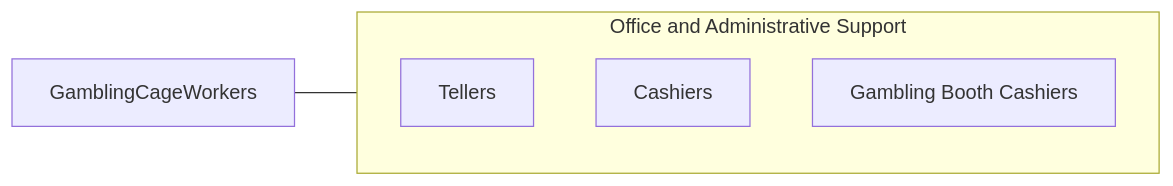
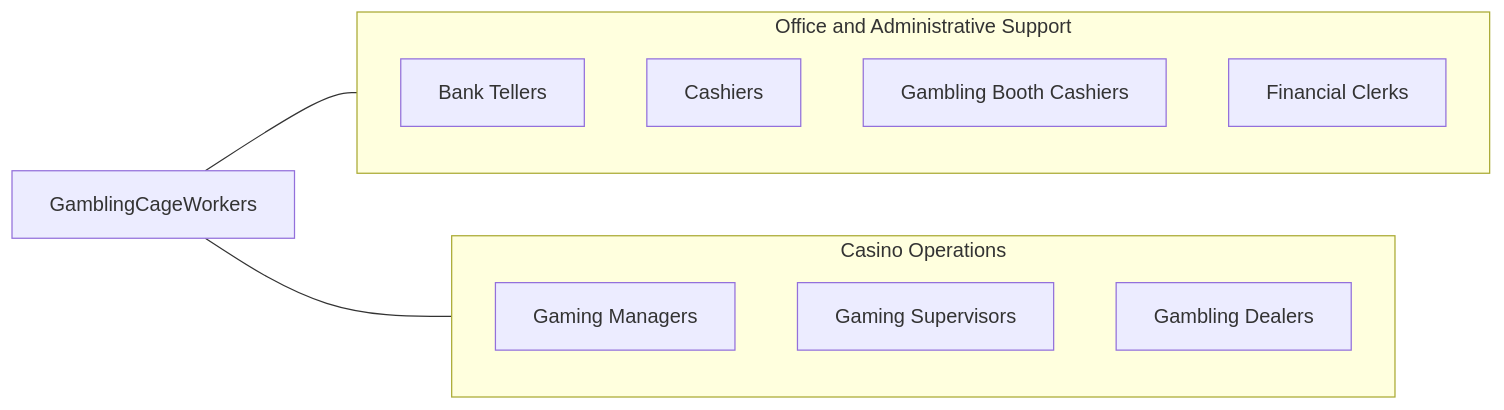
One commit to kziemski/business.org.ai changed the fourth of 4 diagrams in occupations/Administrative/GamblingCageWorkers.mdx. Above: the diagram before and after it, drawn with Mermaid. The commit also changed other lines of this file and 19 other files, not shown here.

````diff
--- a/occupations/Administrative/GamblingCageWorkers.mdx
+++ b/occupations/Administrative/GamblingCageWorkers.mdx
@@ -100,10 +214,20 @@
 ```mermaid
 graph LR
     Current["GamblingCageWorkers"]
+
     subgraph SameCategory["Office and Administrative Support"]
-        RTellers["Tellers"]
-        RCashiers["Cashiers"]
-        RGamblingBoothCashiers["Gambling Booth Cashiers"]
+        Tellers["Bank Tellers"]
+        Cashiers["Cashiers"]
+        GamblingBoothCashiers["Gambling Booth Cashiers"]
+        FinancialClerks["Financial Clerks"]
     end
+
+    subgraph CrossFunctional["Casino Operations"]
+        GamingManagers["Gaming Managers"]
+        GamingSupervisors["Gaming Supervisors"]
+        GamblingDealers["Gambling Dealers"]
+    end
+
     Current --- SameCategory
+    Current --- CrossFunctional
 ```
````
